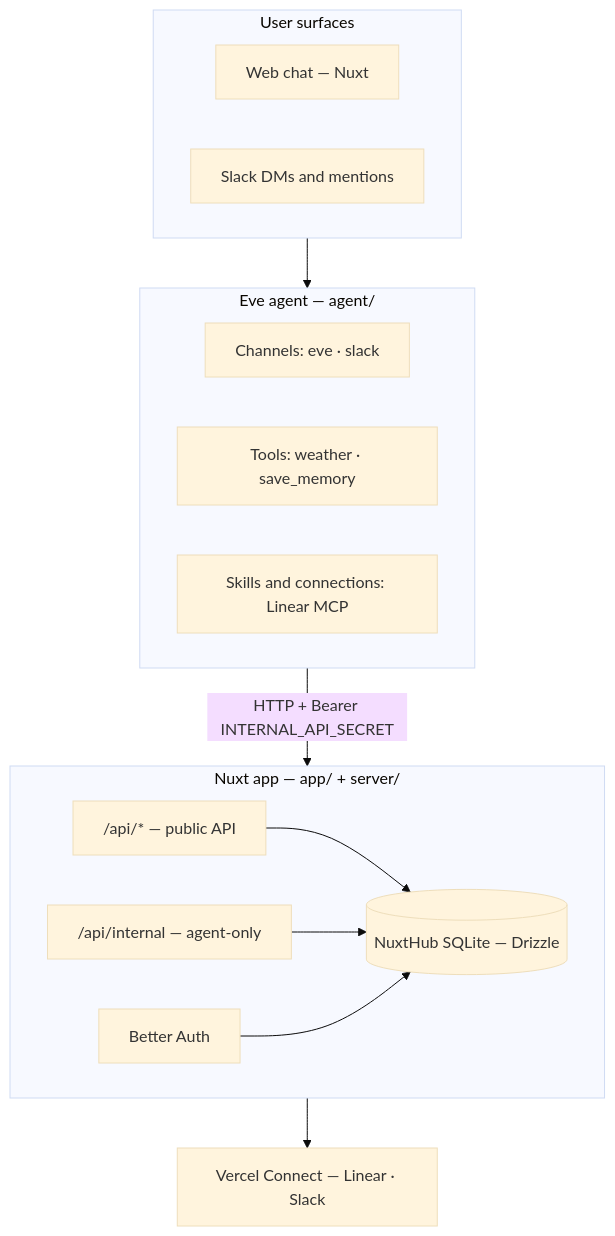
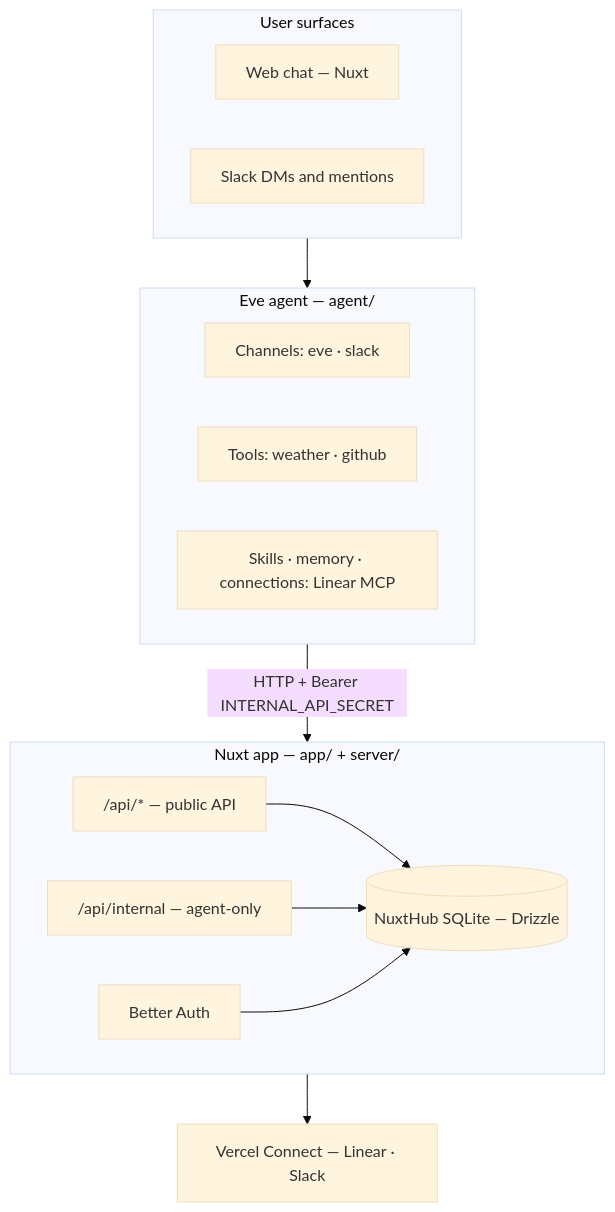
One commit to vercel-labs/personal-agent-template changed the diagram in docs/ARCHITECTURE.md. Above: the diagram before and after it, drawn with Mermaid (base theme). The commit also changed other lines of this file and 47 other files, not shown here.

````diff
--- a/docs/ARCHITECTURE.md
+++ b/docs/ARCHITECTURE.md
@@ -11,29 +11,29 @@
 ```mermaid
 flowchart TB
   subgraph surfaces [User surfaces]
     web[Web chat — Nuxt]
     slack[Slack DMs and mentions]
   end
 
   subgraph eve [Eve agent — agent/]
     channels[Channels: eve · slack]
-    tools[Tools: weather · save_memory]
-    skills[Skills and connections: Linear MCP]
+    tools[Tools: weather · github]
+    skills[Skills · memory · connections: Linear MCP]
   end
 
   subgraph nuxt [Nuxt app — app/ + server/]
     api["/api/* — public API"]
     internal["/api/internal — agent-only"]
     auth[Better Auth]
     db[(NuxtHub SQLite — Drizzle)]
   end
 
   connect[Vercel Connect — Linear · Slack]
 
   surfaces --> eve
   eve -->|"HTTP + Bearer INTERNAL_API_SECRET"| nuxt
   api --> db
   internal --> db
   auth --> db
   nuxt --> connect
 ```
````
